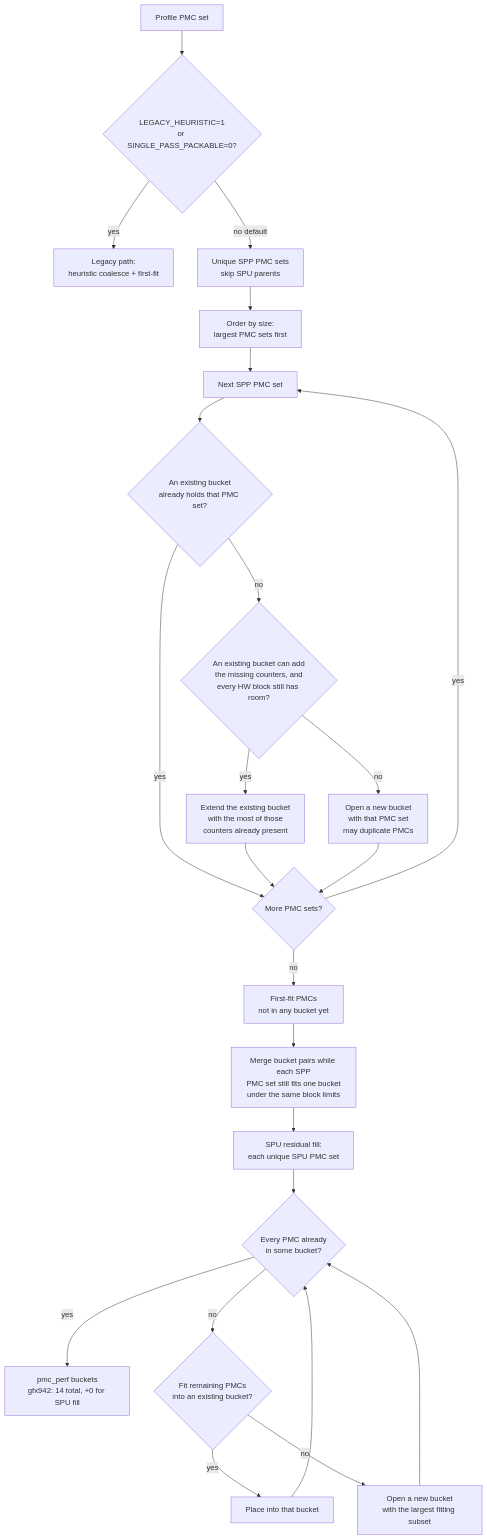
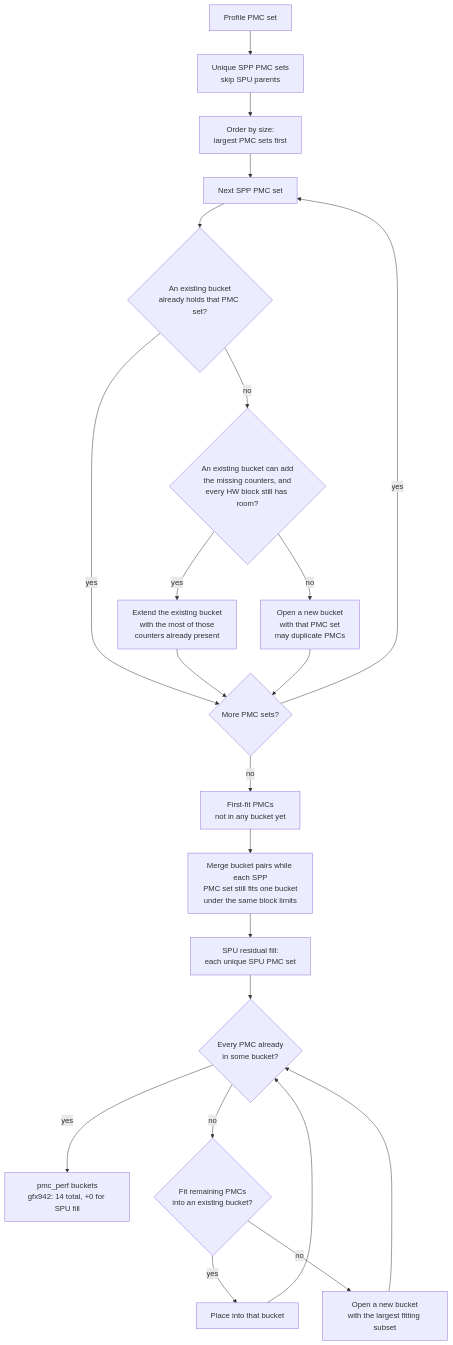
One commit to sub-mod/rocm-systems changed the first of 2 diagrams in projects/rocprofiler-compute/docs/single-pass_packable_and_unpackable/lld-metrics grouping algorithm.md. Above: the diagram before and after it, drawn with Mermaid. The commit also changed other lines of this file and 18 other files, not shown here.

First line of the commit message:
[rocprofiler-compute] Remove SPP legacy escape hatches

````diff
--- a/projects/rocprofiler-compute/docs/single-pass_packable_and_unpackable/lld-metrics grouping algorithm.md
+++ b/projects/rocprofiler-compute/docs/single-pass_packable_and_unpackable/lld-metrics grouping algorithm.md
@@ -45,26 +45,24 @@
 ```mermaid
 flowchart TD
-  A[Profile PMC set] --> B{LEGACY_HEURISTIC=1<br/>or SINGLE_PASS_PACKABLE=0?}
-  B -->|yes| SH[Legacy path:<br/>heuristic coalesce + first-fit]
-  B -->|no default| U[Unique SPP PMC sets<br/>skip SPU parents]
+  A[Profile PMC set] --> U[Unique SPP PMC sets<br/>skip SPU parents]
   U --> O[Order by size:<br/>largest PMC sets first]
   O --> L[Next SPP PMC set]
   L --> H{An existing bucket<br/>already holds that PMC set?}
   H -->|yes| M{More PMC sets?}
   H -->|no| E{An existing bucket can add<br/>the missing counters, and<br/>every HW block still has room?}
   E -->|yes| X[Extend the existing bucket<br/>with the most of those<br/>counters already present]
   E -->|no| N[Open a new bucket<br/>with that PMC set<br/>may duplicate PMCs]
   X --> M
   N --> M
   M -->|yes| L
   M -->|no| FF[First-fit PMCs<br/>not in any bucket yet]
   FF --> R[Merge bucket pairs while each SPP<br/>PMC set still fits one bucket<br/>under the same block limits]
   R --> S[SPU residual fill:<br/>each unique SPU PMC set]
   S --> S1{Every PMC already<br/>in some bucket?}
   S1 -->|yes| G[pmc_perf buckets<br/>gfx942: 14 total, +0 for SPU fill]
   S1 -->|no| S2{Fit remaining PMCs<br/>into an existing bucket?}
   S2 -->|yes| S3[Place into that bucket]
   S2 -->|no| S4[Open a new bucket<br/>with the largest fitting subset]
   S3 --> S1
   S4 --> S1
 ```
````
